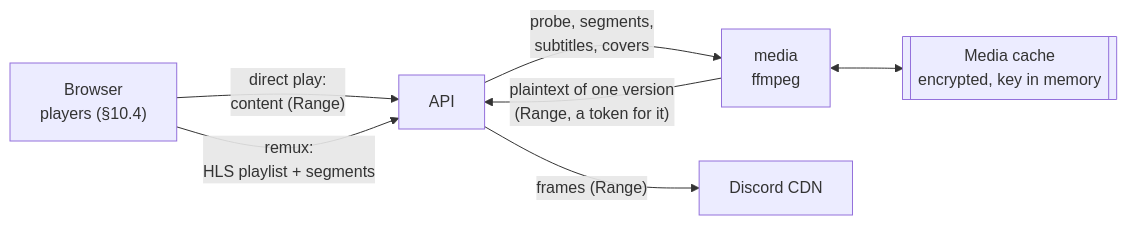
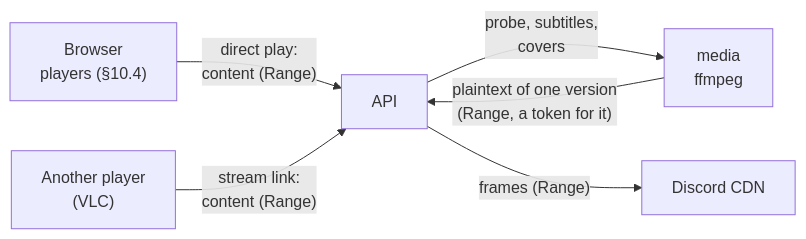
One commit to AlexB8675/DFS changed the ninth of 11 diagrams in docs/DESIGN.md. Above: the diagram before and after it, drawn with Mermaid. The commit also changed other lines of this file and 23 other files, not shown here.

First line of the commit message:
Play what the browser can't in VLC, through stream links, instead of a remux

````diff
--- a/docs/DESIGN.md
+++ b/docs/DESIGN.md
@@ -566,9 +564,8 @@
 ```mermaid
 flowchart LR
     B["Browser<br/>players (§10.4)"] -- "direct play:<br/>content (Range)" --> A["API"]
-    B -- "remux:<br/>HLS playlist + segments" --> A
-    A -- "probe, segments,<br/>subtitles, covers" --> M["media<br/>ffmpeg"]
+    V["Another player<br/>(VLC)"] -- "stream link:<br/>content (Range)" --> A
+    A -- "probe, subtitles,<br/>covers" --> M["media<br/>ffmpeg"]
     M -- "plaintext of one version<br/>(Range, a token for it)" --> A
     A -- "frames (Range)" --> CDN["Discord CDN"]
-    M <--> MC[["Media cache<br/>encrypted, key in memory"]]
 ```
````
